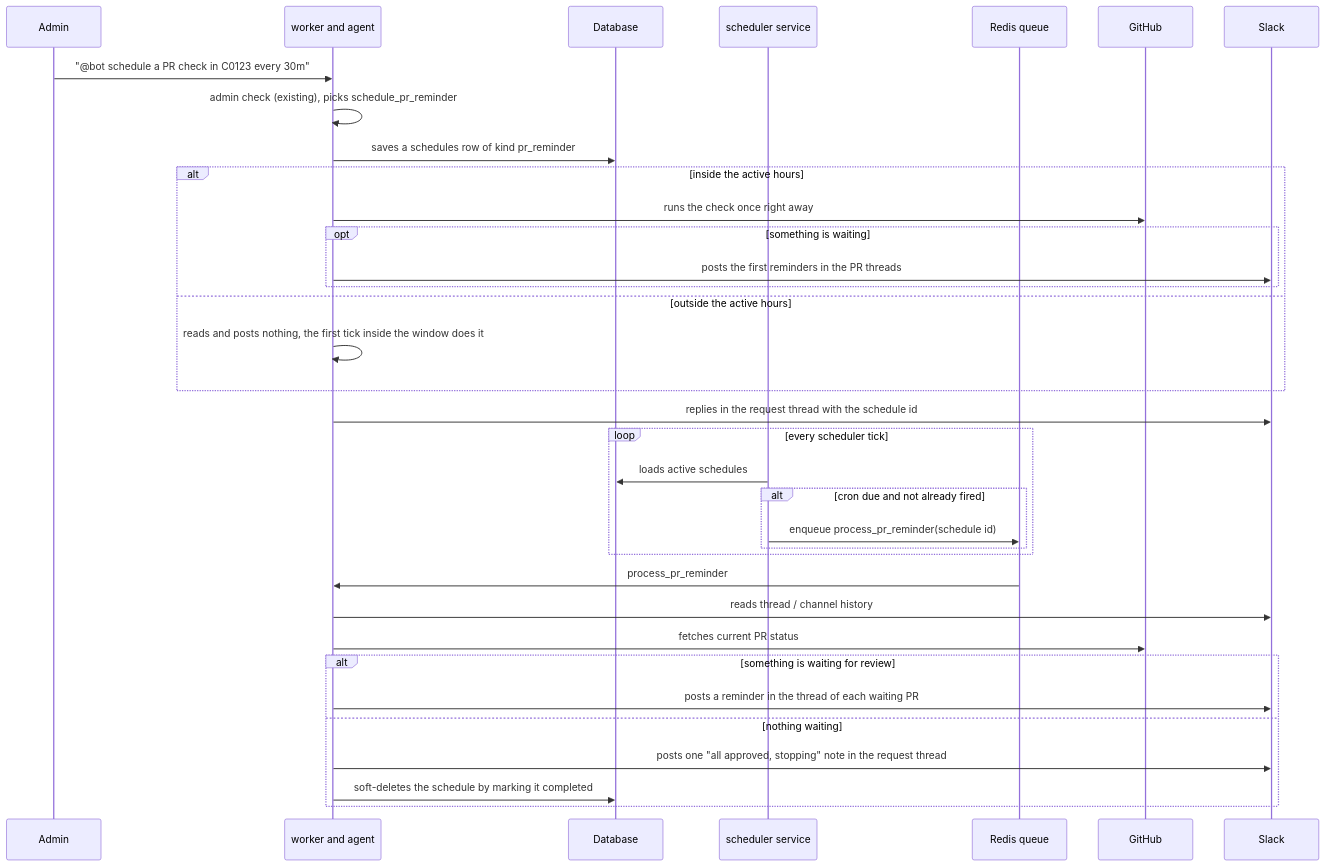
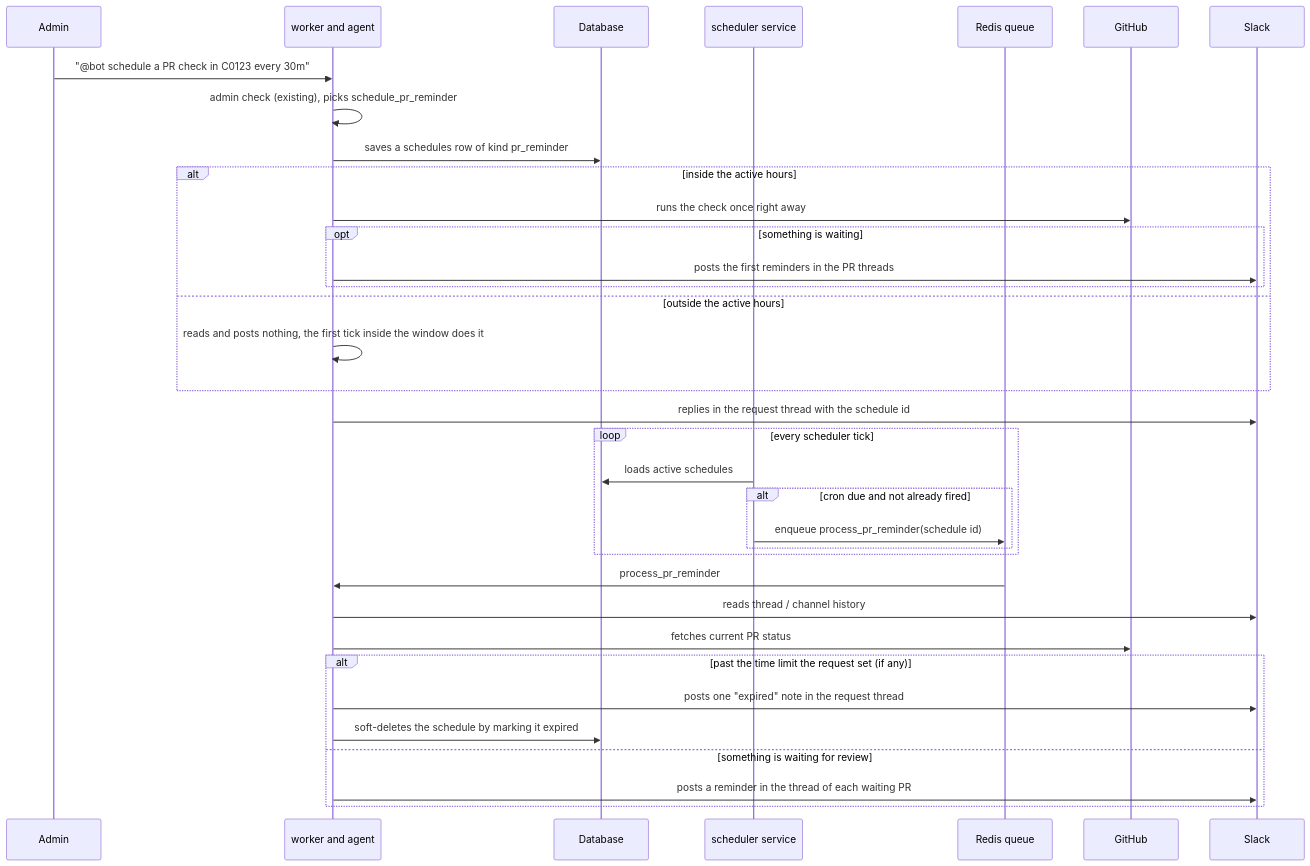
Before and after one commit to HungNguyen501/agentic-slack-bot: the second of 3 diagrams in docs/pr_review_reminders.md, drawn with Mermaid. The commit also changed other lines of this file and 13 other files, not shown here.

````diff
--- a/docs/pr_review_reminders.md
+++ b/docs/pr_review_reminders.md
@@ -100,40 +100,40 @@
 ```mermaid
 sequenceDiagram
     participant Admin
     participant Agent as worker and agent
     participant Database
     participant Scheduler as scheduler service
     participant Queue as Redis queue
     participant GitHub
     participant Slack
 
     Admin->>Agent: "@bot schedule a PR check in C0123 every 30m"
     Agent->>Agent: admin check (existing), picks schedule_pr_reminder
     Agent->>Database: saves a schedules row of kind pr_reminder
     alt inside the active hours
         Agent->>GitHub: runs the check once right away
         opt something is waiting
             Agent->>Slack: posts the first reminders in the PR threads
         end
     else outside the active hours
         Agent->>Agent: reads and posts nothing, the first tick inside the window does it
     end
     Agent->>Slack: replies in the request thread with the schedule id
 
     loop every scheduler tick
         Scheduler->>Database: loads active schedules
         alt cron due and not already fired
             Scheduler->>Queue: enqueue process_pr_reminder(schedule id)
         end
     end
 
     Queue->>Agent: process_pr_reminder
     Agent->>Slack: reads thread / channel history
     Agent->>GitHub: fetches current PR status
-    alt something is waiting for review
+    alt past the time limit the request set (if any)
+        Agent->>Slack: posts one "expired" note in the request thread
+        Agent->>Database: soft-deletes the schedule by marking it expired
+    else something is waiting for review
         Agent->>Slack: posts a reminder in the thread of each waiting PR
-    else nothing waiting
-        Agent->>Slack: posts one "all approved, stopping" note in the request thread
-        Agent->>Database: soft-deletes the schedule by marking it completed
     end
 ```
````
